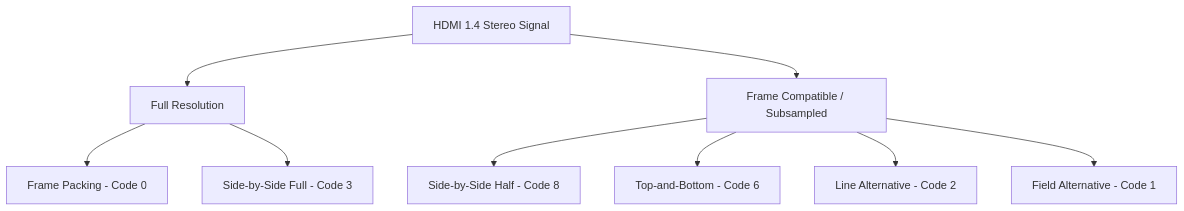
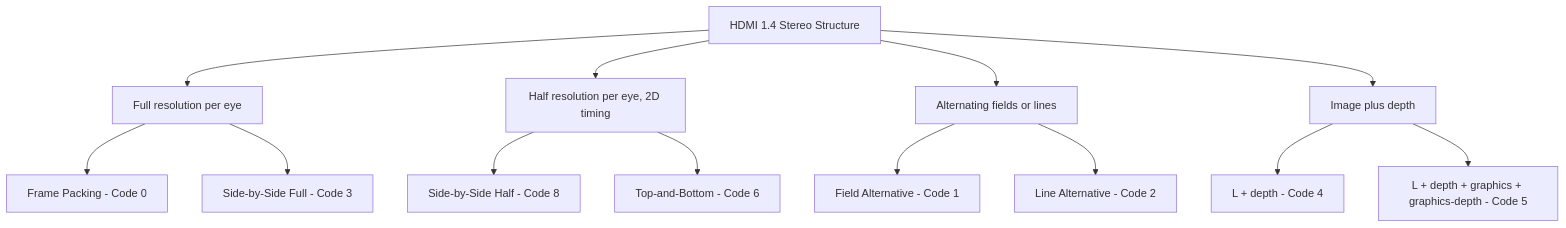
The first of 5 diagrams in docs/frame-packing-and-hdmi-timings.md (danielcamposramos/awesome-stereoscopy), drawn with Mermaid before and after one commit. The commit also changed other lines of this file and 5 other files, not shown here.

````diff
--- a/docs/frame-packing-and-hdmi-timings.md
+++ b/docs/frame-packing-and-hdmi-timings.md
@@ -24,13 +25,19 @@
 ```mermaid
 graph TD
-    A[HDMI 1.4 Stereo Signal] --> B[Full Resolution]
-    A --> C[Frame Compatible / Subsampled]
+    A[HDMI 1.4 Stereo Structure] --> B[Full resolution per eye]
+    A --> C[Half resolution per eye, 2D timing]
+    A --> D[Alternating fields or lines]
+    A --> E[Image plus depth]
 
     B --> B1[Frame Packing - Code 0]
     B --> B2[Side-by-Side Full - Code 3]
 
     C --> C1[Side-by-Side Half - Code 8]
     C --> C2[Top-and-Bottom - Code 6]
-    C --> C3[Line Alternative - Code 2]
-    C --> C4[Field Alternative - Code 1]
+
+    D --> D1[Field Alternative - Code 1]
+    D --> D2[Line Alternative - Code 2]
+
+    E --> E1[L + depth - Code 4]
+    E --> E2[L + depth + graphics + graphics-depth - Code 5]
 ```
````
